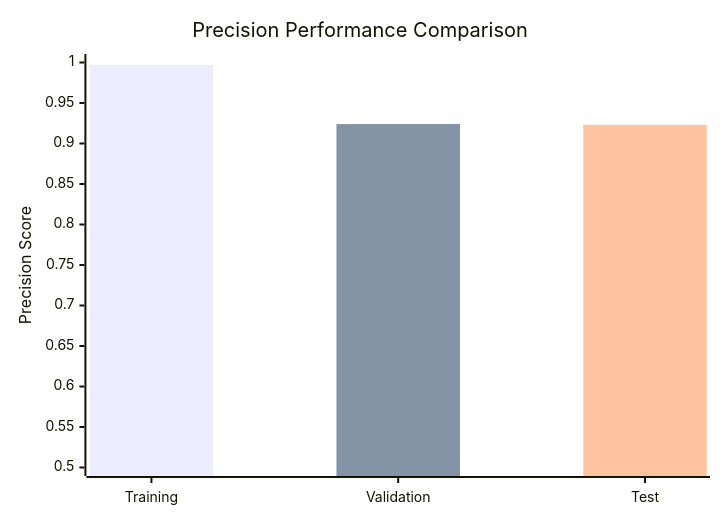
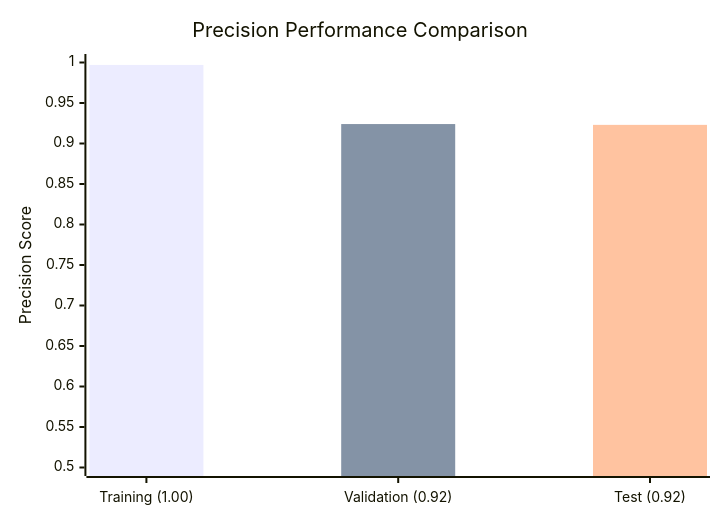
Before and after one commit to Daniel-Lachner-Piza/EEG_Characterizer_HFO: the third of 5 diagrams in README.md, drawn with Mermaid. The commit also changed other lines of this file, not shown here.

````diff
--- a/README.md
+++ b/README.md
@@ -64,9 +64,9 @@
 ```mermaid
 xychart-beta
     title "Precision Performance Comparison"
-    x-axis [Training, Validation, Test]
+    x-axis ["Training (1.00)", "Validation (0.92)", "Test (0.92)"]
     y-axis "Precision Score" 0.5 --> 1.0
-    bar "Training<br>(1.00)" [0.997, 0, 0]
-    bar "Validation<br>(0.92)" [0, 0.924, 0]
-    bar "Test<br>(0.92)" [0, 0, 0.923]
+    bar "Training (1.00)" [0.997, 0, 0]
+    bar "Validation (0.92)" [0, 0.924, 0]
+    bar "Test (0.92)" [0, 0, 0.923]
 ```
````
